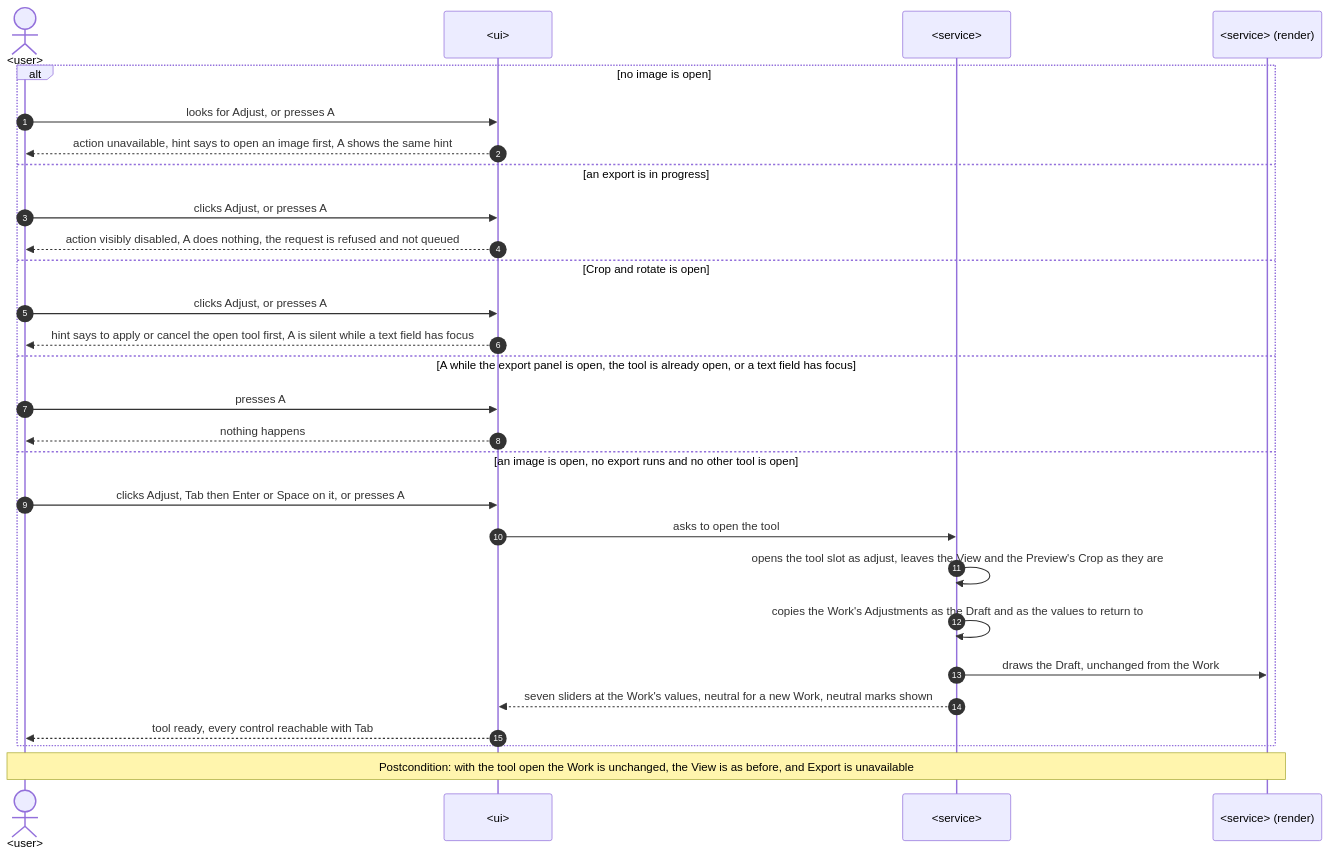
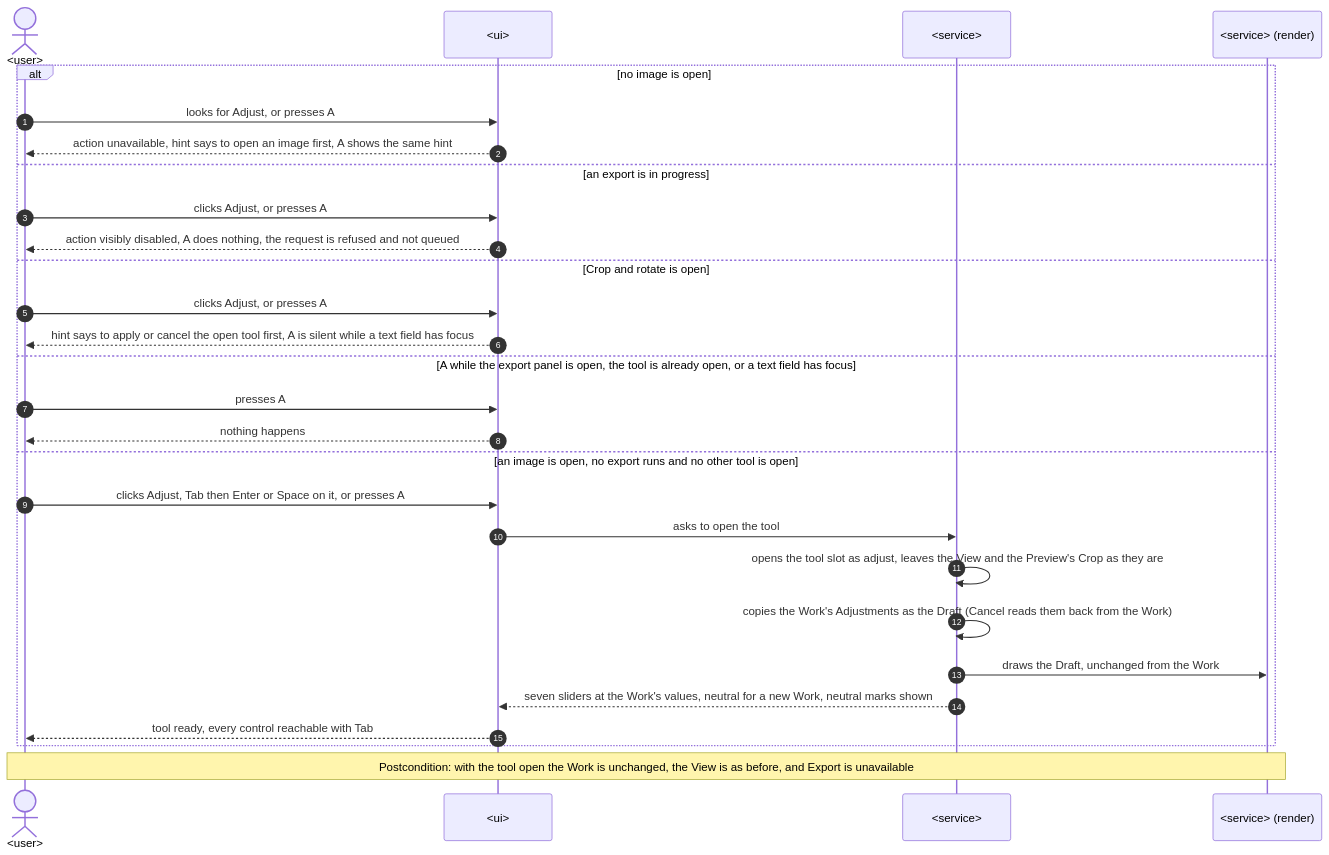
One commit to Blazheiko/imgly changed the sixth of 12 diagrams in docs/features/adjust/sad.md. Above: the diagram before and after it, drawn with Mermaid. The commit also changed other lines of this file and 10 other files, not shown here.

````diff
--- a/docs/features/adjust/sad.md
+++ b/docs/features/adjust/sad.md
@@ -332,31 +333,31 @@
 ```mermaid
 sequenceDiagram
     autonumber
     actor U as <user>
     participant UI as <ui>
     participant S as <service>
     participant R as <service> (render)
 
     alt no image is open
         U->>UI: looks for Adjust, or presses A
         UI-->>U: action unavailable, hint says to open an image first, A shows the same hint
     else an export is in progress
         U->>UI: clicks Adjust, or presses A
         UI-->>U: action visibly disabled, A does nothing, the request is refused and not queued
     else Crop and rotate is open
         U->>UI: clicks Adjust, or presses A
         UI-->>U: hint says to apply or cancel the open tool first, A is silent while a text field has focus
     else A while the export panel is open, the tool is already open, or a text field has focus
         U->>UI: presses A
         UI-->>U: nothing happens
     else an image is open, no export runs and no other tool is open
         U->>UI: clicks Adjust, Tab then Enter or Space on it, or presses A
         UI->>S: asks to open the tool
         S->>S: opens the tool slot as adjust, leaves the View and the Preview's Crop as they are
-        S->>S: copies the Work's Adjustments as the Draft and as the values to return to
+        S->>S: copies the Work's Adjustments as the Draft (Cancel reads them back from the Work)
         S->>R: draws the Draft, unchanged from the Work
         S-->>UI: seven sliders at the Work's values, neutral for a new Work, neutral marks shown
         UI-->>U: tool ready, every control reachable with Tab
     end
     Note over U,R: Postcondition: with the tool open the Work is unchanged, the View is as before, and Export is unavailable
 ```
````
